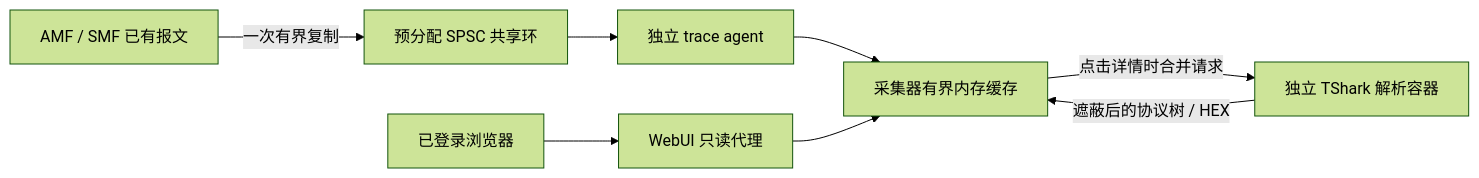
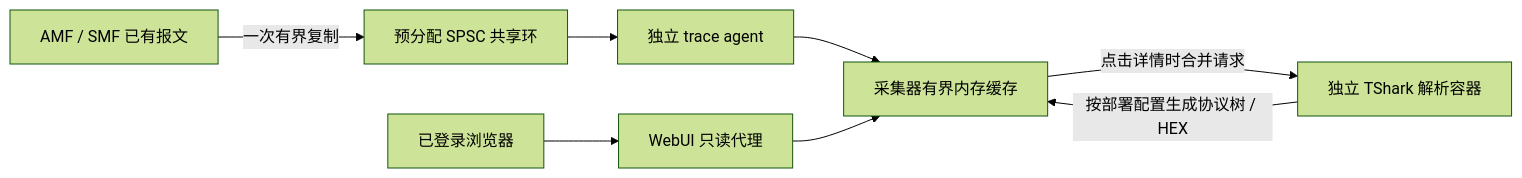
Before and after one commit to xiazhangtao1/open5gs: the diagram in docs/webui-signaling.md, drawn with Mermaid (forest theme). The commit also changed other lines of this file and 12 other files, not shown here.

````diff
--- a/docs/webui-signaling.md
+++ b/docs/webui-signaling.md
@@ -7,10 +9,10 @@
 ```mermaid
 flowchart LR
     A[AMF / SMF 已有报文] -->|一次有界复制| R[预分配 SPSC 共享环]
     R --> G[独立 trace agent]
     G --> C[采集器有界内存缓存]
     W[已登录浏览器] --> P[WebUI 只读代理]
     P --> C
     C -->|点击详情时合并请求| D[独立 TShark 解析容器]
-    D -->|遮蔽后的协议树 / HEX| C
+    D -->|按部署配置生成协议树 / HEX| C
 ```
````
